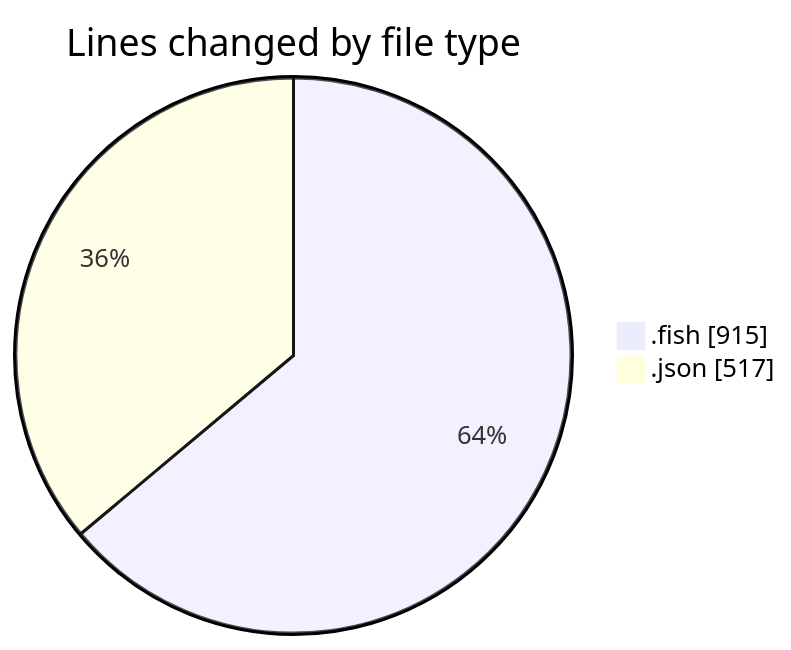
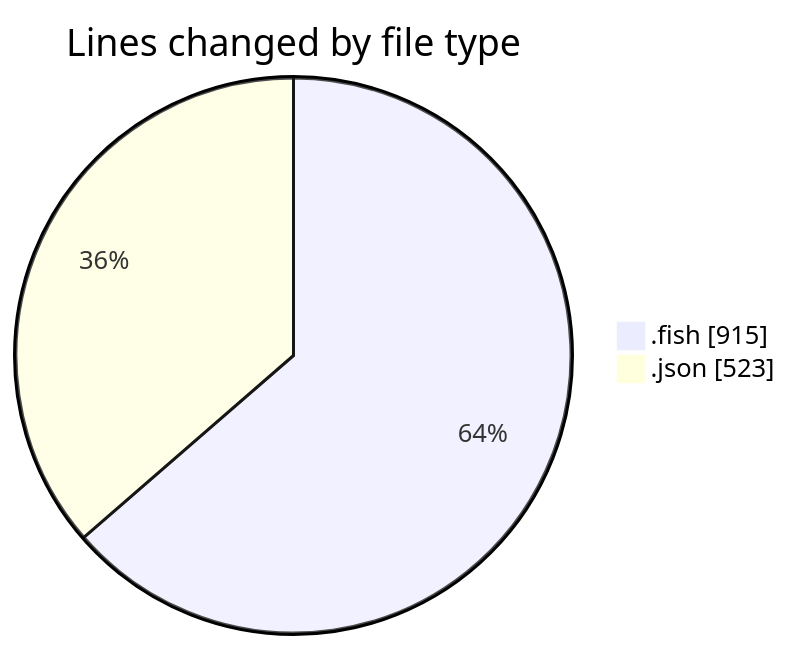
The first of 2 diagrams in 2025-07-12/fish/README.md (EIIisD/code-tracking), drawn with Mermaid before and after one commit. The commit also changed other lines of this file and 1 other file, not shown here.

````diff
--- a/2025-07-12/fish/README.md
+++ b/2025-07-12/fish/README.md
@@ -23,6 +23,6 @@
 ```mermaid
 pie showData
 title Lines changed by file type
 ".fish" : 915
-".json" : 517
+".json" : 523
 ```
````
